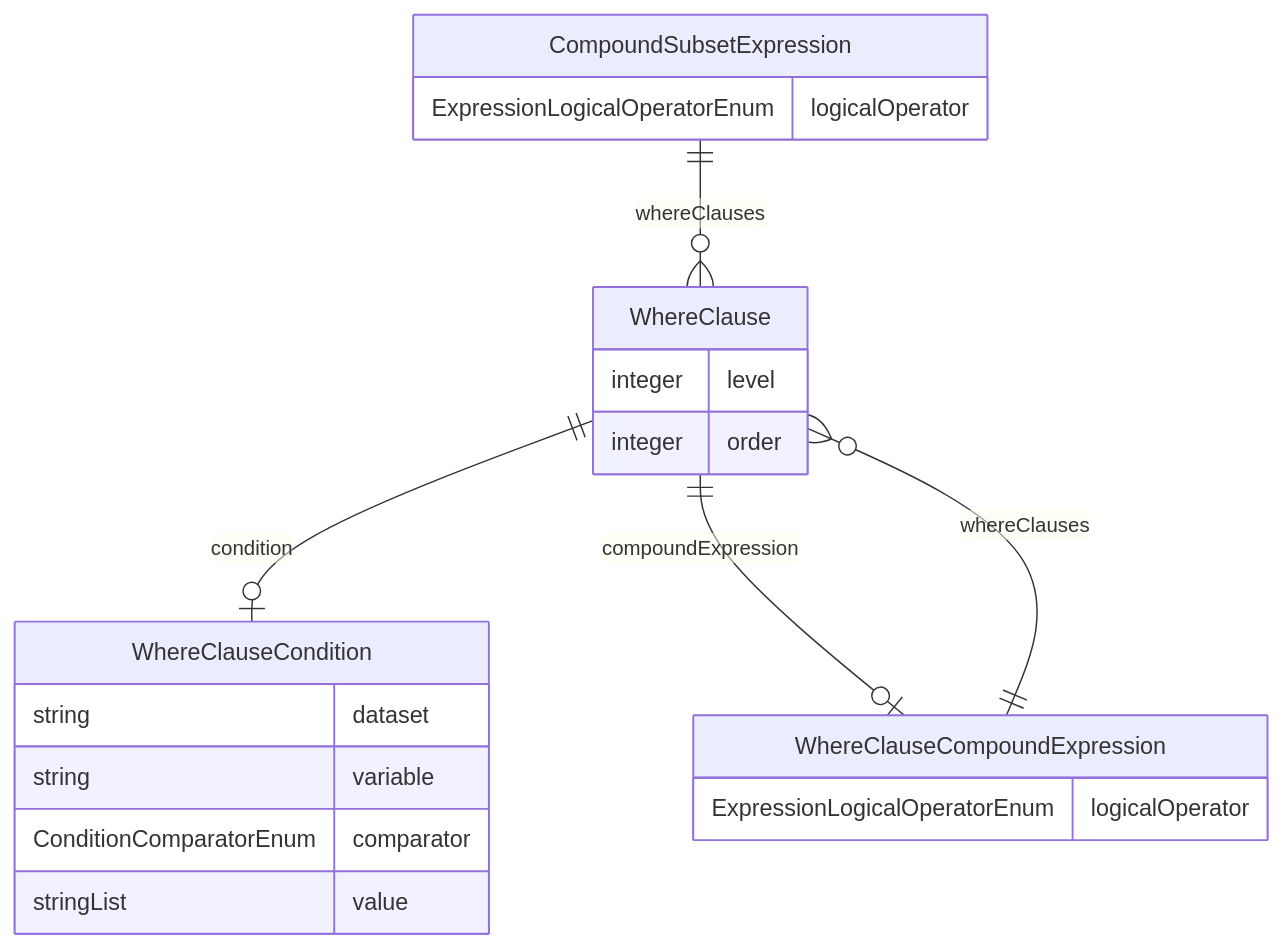
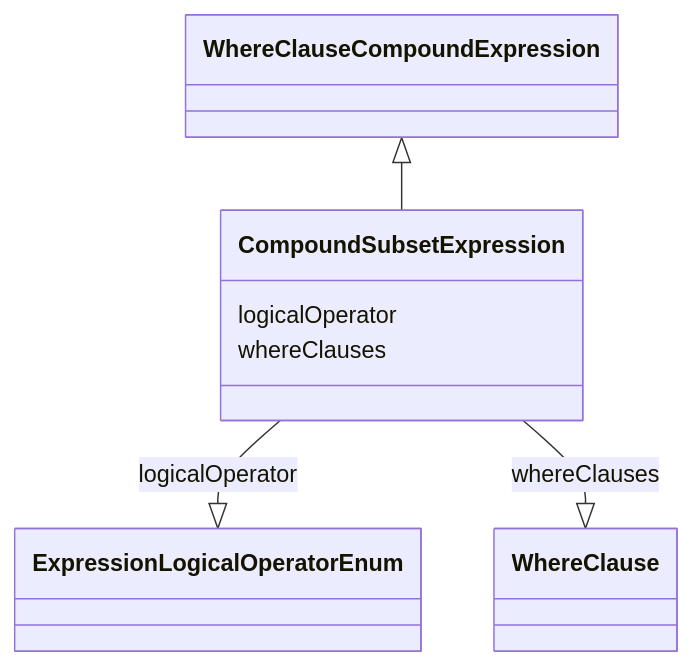
Before and after one commit to cdisc-org/analysis-results-standard: the diagram in project/docs/CompoundSubsetExpression.md, drawn with Mermaid. The commit also changed 256 other files, not shown here.

Commit message:
Documentation diagrams

````diff
--- a/project/docs/CompoundSubsetExpression.md
+++ b/project/docs/CompoundSubsetExpression.md
@@ -13,25 +15,15 @@
 ```mermaid
-erDiagram
-CompoundSubsetExpression {
-    ExpressionLogicalOperatorEnum logicalOperator  
-}
-WhereClause {
-    integer level  
-    integer order  
-}
-WhereClauseCompoundExpression {
-    ExpressionLogicalOperatorEnum logicalOperator  
-}
-WhereClauseCondition {
-    string dataset  
-    string variable  
-    ConditionComparatorEnum comparator  
-    stringList value  
-}
-
-CompoundSubsetExpression ||--}o WhereClause : "whereClauses"
-WhereClause ||--|o WhereClauseCondition : "condition"
-WhereClause ||--|o WhereClauseCompoundExpression : "compoundExpression"
-WhereClauseCompoundExpression ||--}o WhereClause : "whereClauses"
-
+ classDiagram
+    class CompoundSubsetExpression
+      WhereClauseCompoundExpression <|-- CompoundSubsetExpression
+      
+      CompoundSubsetExpression : logicalOperator
+        
+          CompoundSubsetExpression --|> ExpressionLogicalOperatorEnum : logicalOperator
+        
+      CompoundSubsetExpression : whereClauses
+        
+          CompoundSubsetExpression --|> WhereClause : whereClauses
+        
+      
 ```
````
